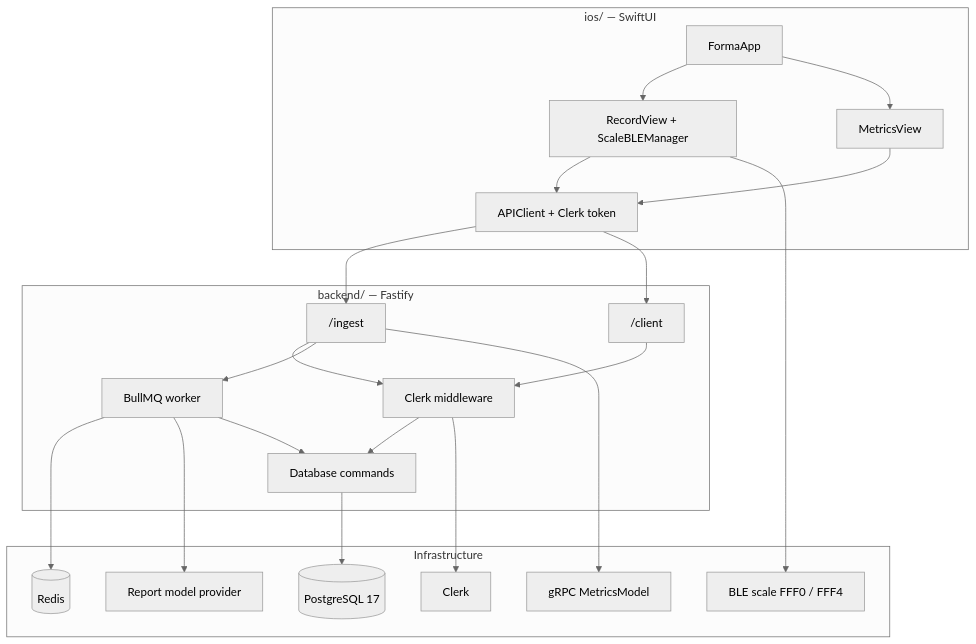
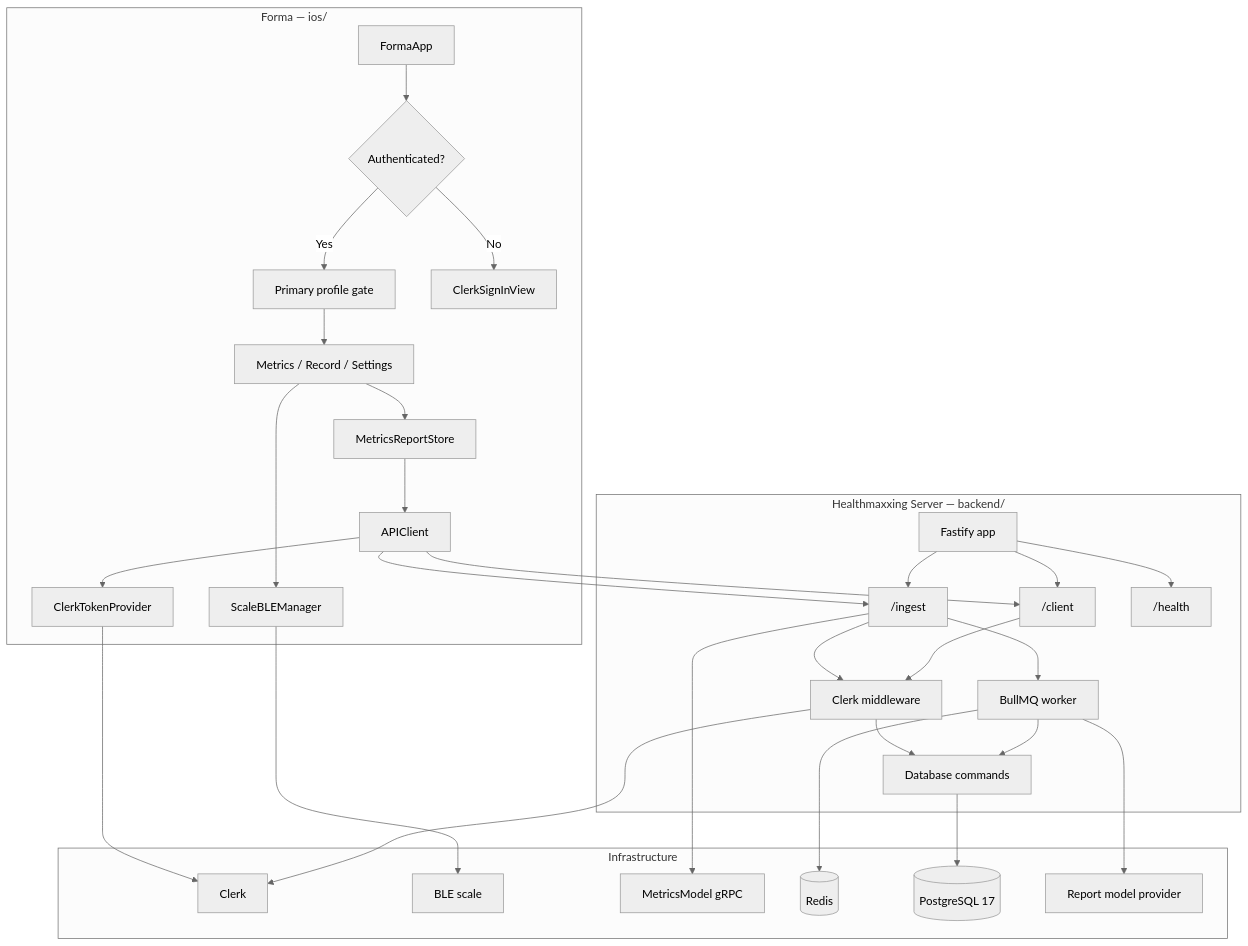
One commit to aneeshpatne/healthmaxxing changed the third of 3 diagrams in README.md. Above: the diagram before and after it, drawn with Mermaid (neutral theme). The commit also changed other lines of this file and 2 other files, not shown here.

First line of the commit message:
docs: add combined Healthmaxxing README and repository license

````diff
--- a/README.md
+++ b/README.md
@@ -96,44 +96,58 @@
 ```mermaid
 flowchart TB
-    subgraph IOS[ios/ — SwiftUI]
+    subgraph IOS["Forma — ios/"]
         APP[FormaApp]
-        RECORD[RecordView + ScaleBLEManager]
-        METRICS[MetricsView]
-        CLIENT[APIClient + Clerk token]
-        APP --> RECORD
-        APP --> METRICS
-        RECORD --> CLIENT
-        METRICS --> CLIENT
+        AUTH{Authenticated?}
+        GATE[Primary profile gate]
+        TABS[Metrics / Record / Settings]
+        BLE[ScaleBLEManager]
+        CLIENT[APIClient]
+        TOKEN[ClerkTokenProvider]
+        STORE[MetricsReportStore]
+        APP --> AUTH
+        AUTH -->|No| SIGNIN[ClerkSignInView]
+        AUTH -->|Yes| GATE
+        GATE --> TABS
+        TABS --> BLE
+        TABS --> STORE
+        STORE --> CLIENT
+        CLIENT --> TOKEN
     end
 
-    subgraph API[backend/ — Fastify]
+    subgraph SERVER["Healthmaxxing Server — backend/"]
+        FASTIFY[Fastify app]
         INGEST["/ingest"]
         CLIENTAPI["/client"]
-        AUTH[Clerk middleware]
+        HEALTH["/health"]
+        MW[Clerk middleware]
         CMD[Database commands]
         QUEUE[BullMQ worker]
-        INGEST --> AUTH
-        CLIENTAPI --> AUTH
-        AUTH --> CMD
+        FASTIFY --> INGEST
+        FASTIFY --> CLIENTAPI
+        FASTIFY --> HEALTH
+        INGEST --> MW
+        CLIENTAPI --> MW
+        MW --> CMD
         INGEST --> QUEUE
     end
 
     subgraph INFRA[Infrastructure]
         CLERK[Clerk]
-        BLE[BLE scale FFF0 / FFF4]
-        METRICSGRPC[gRPC MetricsModel]
+        SCALE[BLE scale]
+        GRPC[MetricsModel gRPC]
         REDIS[(Redis)]
         PG[(PostgreSQL 17)]
         LLM[Report model provider]
     end
 
-    RECORD --> BLE
+    BLE --> SCALE
     CLIENT --> INGEST
     CLIENT --> CLIENTAPI
-    AUTH --> CLERK
-    INGEST --> METRICSGRPC
+    TOKEN --> CLERK
+    MW --> CLERK
+    INGEST --> GRPC
     CMD --> PG
     QUEUE --> REDIS
     QUEUE --> LLM
     QUEUE --> CMD
 ```
````
